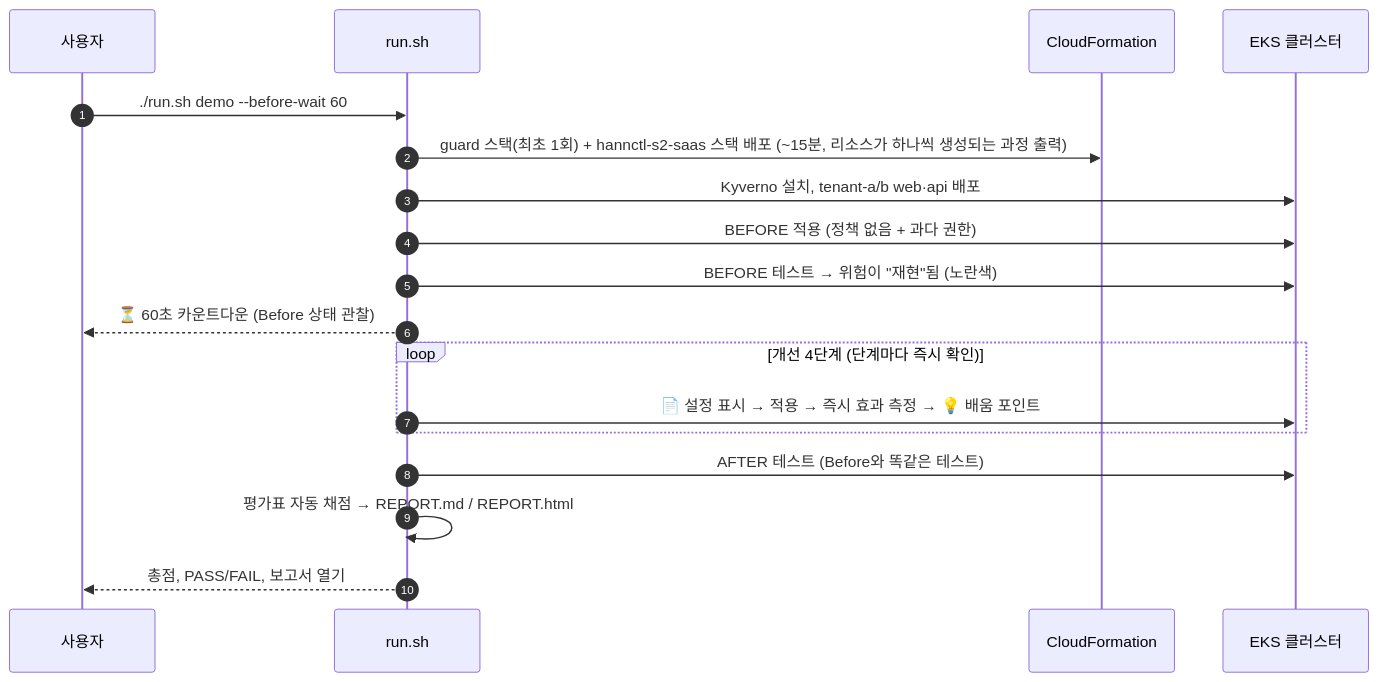
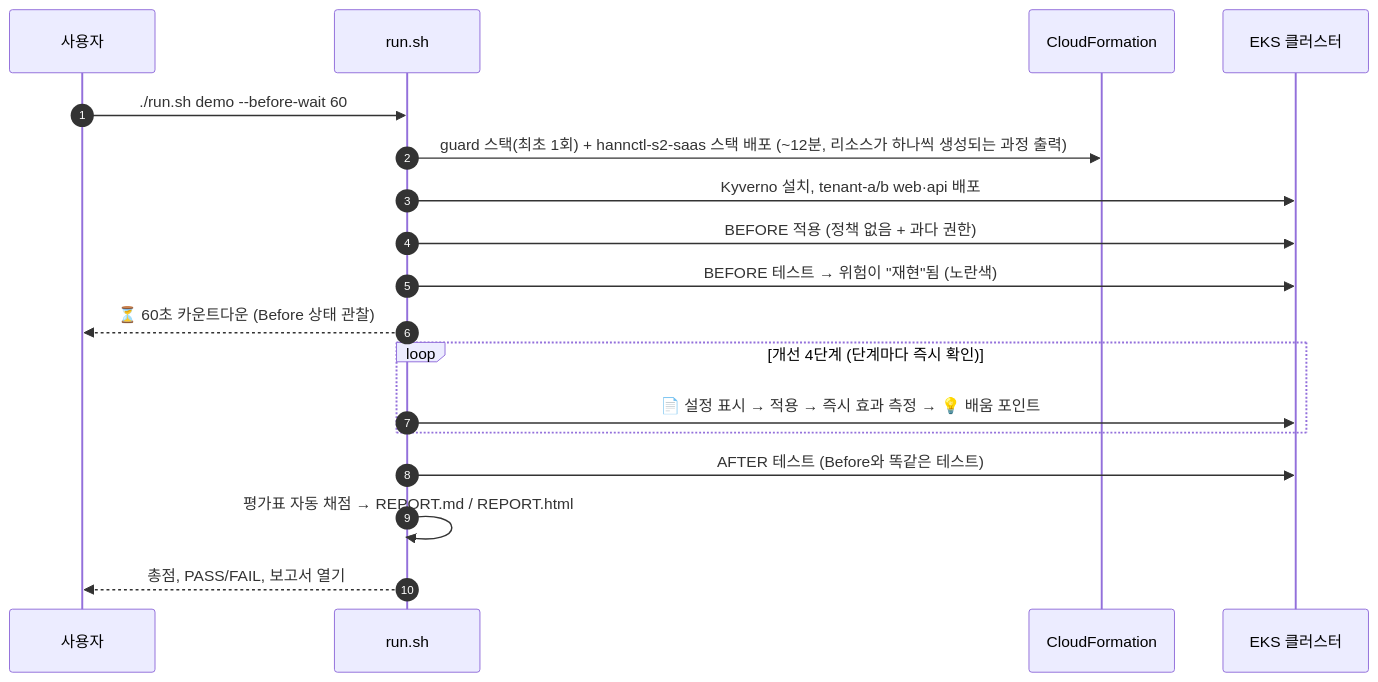
The third of 3 diagrams in s2-saas-tenant-isolation/README.md (kimjhtlzk/hannctl_mentoring), drawn with Mermaid before and after one commit. The commit also changed other lines of this file and 184 other files, not shown here.

````diff
--- a/s2-saas-tenant-isolation/README.md
+++ b/s2-saas-tenant-isolation/README.md
@@ -200,20 +203,20 @@
 ```mermaid
 sequenceDiagram
   autonumber
   participant U as 사용자
   participant R as run.sh
   participant CF as CloudFormation
   participant K as EKS 클러스터
   U->>R: ./run.sh demo --before-wait 60
-  R->>CF: guard 스택(최초 1회) + hannctl-s2-saas 스택 배포 (~15분, 리소스가 하나씩 생성되는 과정 출력)
+  R->>CF: guard 스택(최초 1회) + hannctl-s2-saas 스택 배포 (~12분, 리소스가 하나씩 생성되는 과정 출력)
   R->>K: Kyverno 설치, tenant-a/b web·api 배포
   R->>K: BEFORE 적용 (정책 없음 + 과다 권한)
   R->>K: BEFORE 테스트 → 위험이 "재현"됨 (노란색)
   R-->>U: ⏳ 60초 카운트다운 (Before 상태 관찰)
   loop 개선 4단계 (단계마다 즉시 확인)
     R->>K: 📄 설정 표시 → 적용 → 즉시 효과 측정 → 💡 배움 포인트
   end
   R->>K: AFTER 테스트 (Before와 똑같은 테스트)
   R->>R: 평가표 자동 채점 → REPORT.md / REPORT.html
   R-->>U: 총점, PASS/FAIL, 보고서 열기
 ```
````
